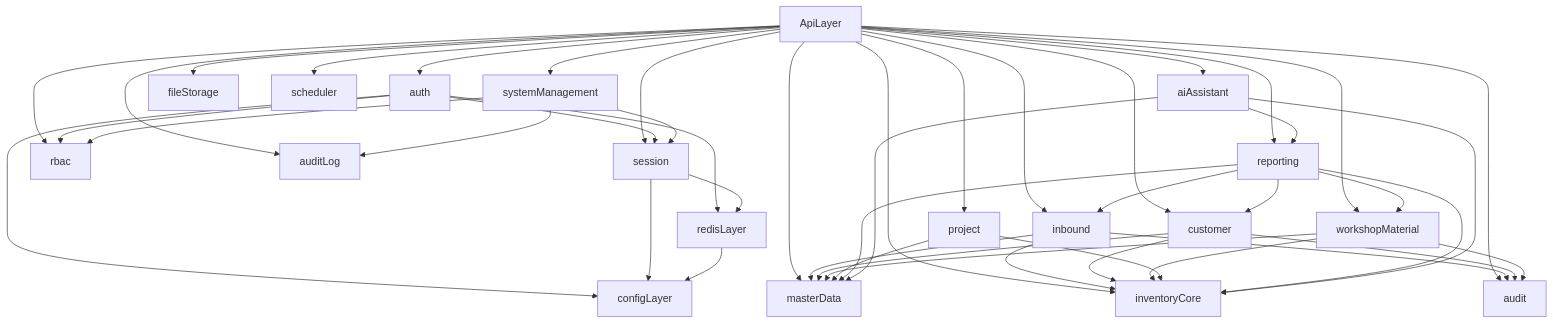
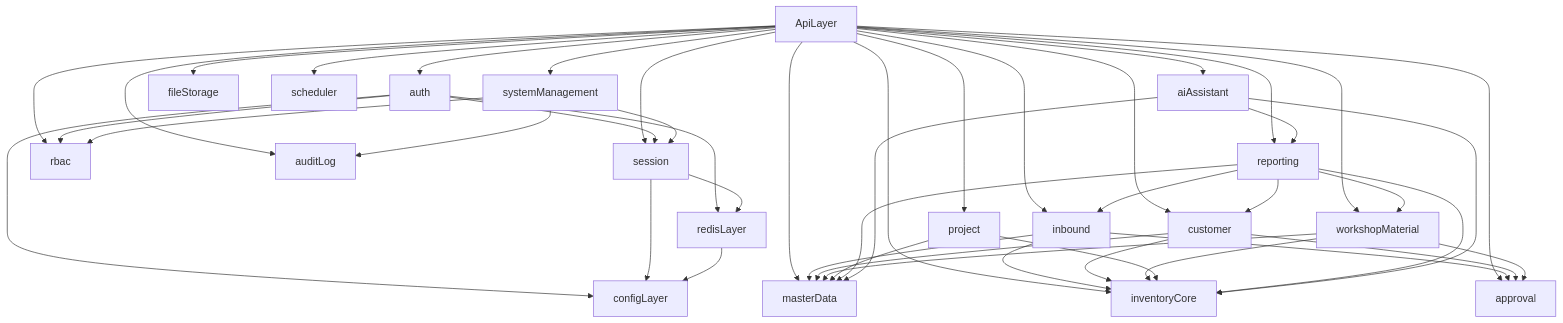
One commit to Cupcc/saifute-wms-server changed the diagram in docs/architecture/00-architecture-overview.md. Above: the diagram before and after it, drawn with Mermaid. The commit also changed other lines of this file and 163 other files, not shown here.

Commit message:
feat: deliver approval rename and workshop runtime updates

````diff
--- a/docs/architecture/00-architecture-overview.md
+++ b/docs/architecture/00-architecture-overview.md
@@ -212,49 +219,49 @@
 ```mermaid
 flowchart TD
     ApiLayer --> auth
     ApiLayer --> session
     ApiLayer --> rbac
     ApiLayer --> auditLog
     ApiLayer --> systemManagement
     ApiLayer --> fileStorage
     ApiLayer --> scheduler
     ApiLayer --> masterData
     ApiLayer --> inventoryCore
-    ApiLayer --> audit
+    ApiLayer --> approval
     ApiLayer --> inbound
     ApiLayer --> customer
     ApiLayer --> workshopMaterial
     ApiLayer --> project
     ApiLayer --> reporting
     ApiLayer --> aiAssistant
 
     auth --> session
     auth --> rbac
     auth --> redisLayer
     auth --> configLayer
     session --> redisLayer
     session --> configLayer
     systemManagement --> session
     systemManagement --> rbac
     systemManagement --> auditLog
     redisLayer --> configLayer
     inbound --> masterData
     inbound --> inventoryCore
-    inbound --> audit
+    inbound --> approval
     customer --> masterData
     customer --> inventoryCore
-    customer --> audit
+    customer --> approval
     workshopMaterial --> masterData
     workshopMaterial --> inventoryCore
-    workshopMaterial --> audit
+    workshopMaterial --> approval
     project --> masterData
     project --> inventoryCore
     reporting --> masterData
     reporting --> inventoryCore
     reporting --> inbound
     reporting --> customer
     reporting --> workshopMaterial
     aiAssistant --> reporting
     aiAssistant --> inventoryCore
     aiAssistant --> masterData
 ```
````
